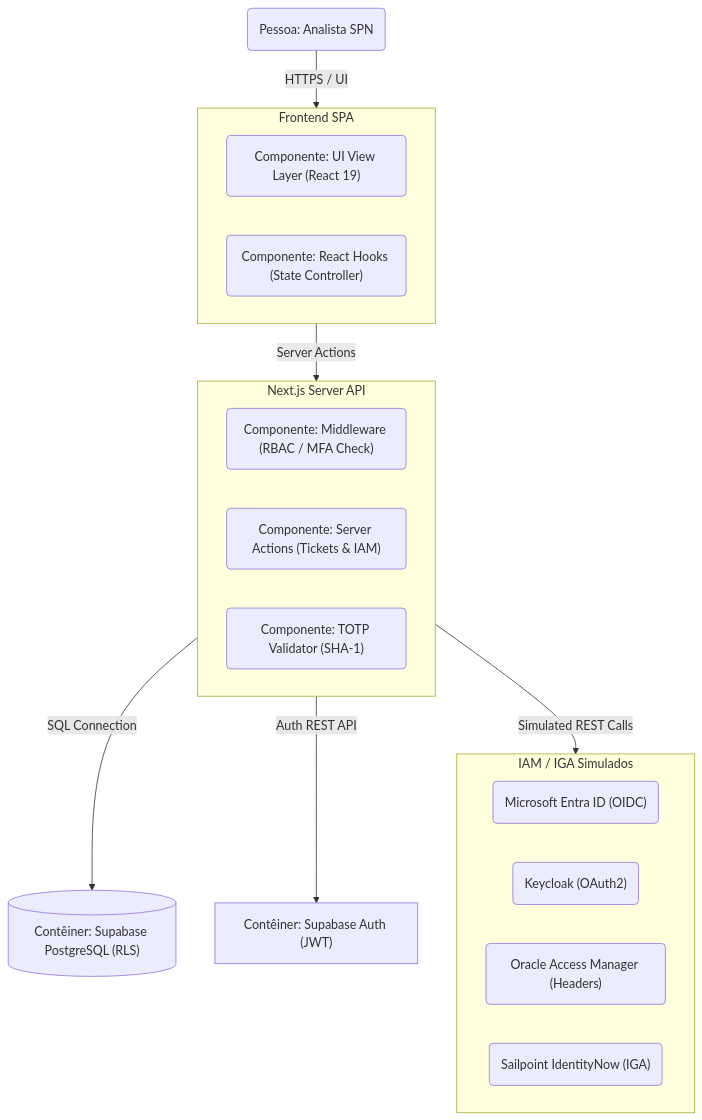
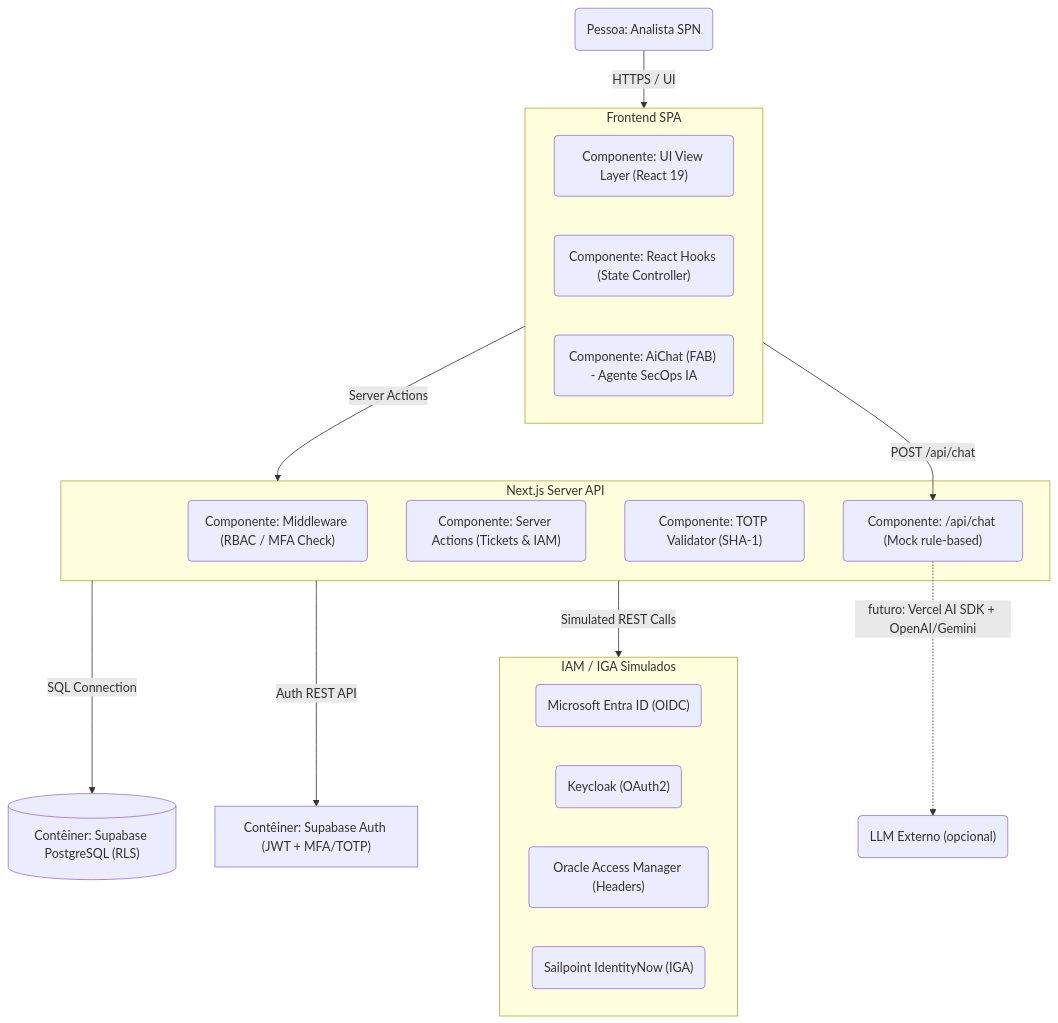
The diagram in docs/official_documentation.md (Marcusvgoncalves/cyber-itsm), drawn with Mermaid before and after one commit. The commit also changed other lines of this file and 3 other files, not shown here.

````diff
--- a/docs/official_documentation.md
+++ b/docs/official_documentation.md
@@ -15,28 +15,34 @@
 ```mermaid
 graph TD
   User("Pessoa: Analista SPN") -->|HTTPS / UI| Client("Contêiner: Next.js SPA (Vivo Mistica)")
   
   subgraph Client [Frontend SPA]
     View("Componente: UI View Layer (React 19)")
     State("Componente: React Hooks (State Controller)")
+    AiChat("Componente: AiChat (FAB) - Agente SecOps IA")
   end
 
   Client -->|Server Actions| VercelServer("Contêiner: Vercel Edge / Serverless API")
 
   subgraph VercelServer [Next.js Server API]
     Middleware("Componente: Middleware (RBAC / MFA Check)")
     Actions("Componente: Server Actions (Tickets & IAM)")
     TOTP("Componente: TOTP Validator (SHA-1)")
+    AiRoute("Componente: /api/chat (Mock rule-based)")
   end
 
+  Client -->|POST /api/chat| AiRoute
+
   VercelServer -->|SQL Connection| SupabaseDB[("Contêiner: Supabase PostgreSQL (RLS)")]
-  VercelServer -->|Auth REST API| SupabaseAuth["Contêiner: Supabase Auth (JWT)"]
+  VercelServer -->|Auth REST API| SupabaseAuth["Contêiner: Supabase Auth (JWT + MFA/TOTP)"]
   VercelServer -->|Simulated REST Calls| ExtIAM("Provedores IAM / IGA")
 
   subgraph ExtIAM [IAM / IGA Simulados]
     Entra("Microsoft Entra ID (OIDC)")
     Keycloak("Keycloak (OAuth2)")
     OAM("Oracle Access Manager (Headers)")
     Sailpoint("Sailpoint IdentityNow (IGA)")
   end
+
+  AiRoute -. "futuro: Vercel AI SDK + OpenAI/Gemini" .-> LLM("LLM Externo (opcional)")
 ```
````
